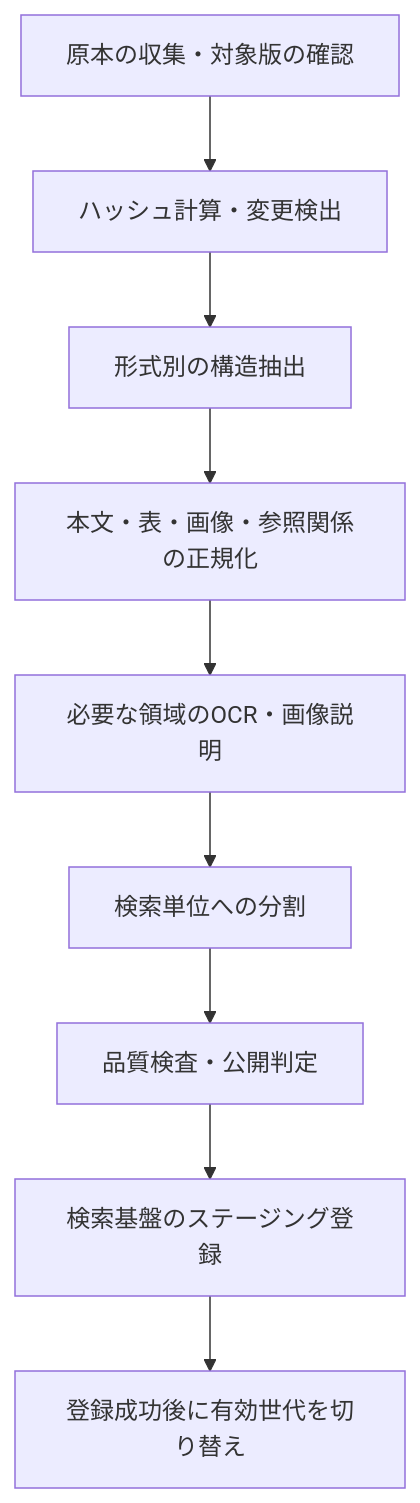
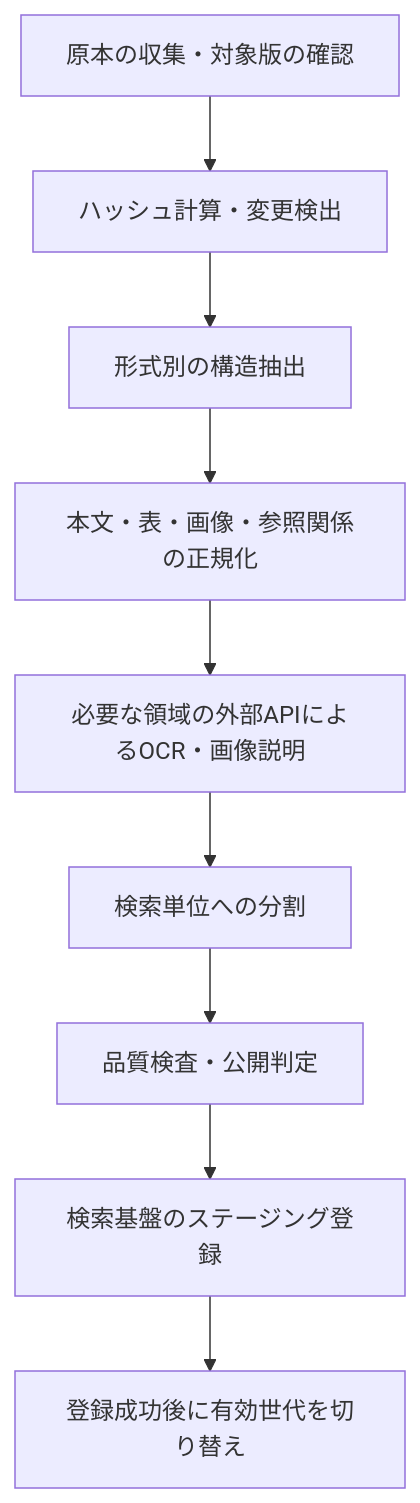
One commit to yiluoke/2026-file-scan changed the diagram in docs/design/01-document-conversion.md. Above: the diagram before and after it, drawn with Mermaid. The commit also changed other lines of this file, not shown here.

````diff
--- a/docs/design/01-document-conversion.md
+++ b/docs/design/01-document-conversion.md
@@ -45,11 +67,11 @@
 ```mermaid
 flowchart TD
     A[原本の収集・対象版の確認] --> B[ハッシュ計算・変更検出]
     B --> C[形式別の構造抽出]
     C --> D[本文・表・画像・参照関係の正規化]
-    D --> E[必要な領域のOCR・画像説明]
+    D --> E[必要な領域の外部APIによるOCR・画像説明]
     E --> F[検索単位への分割]
     F --> G[品質検査・公開判定]
     G --> H[検索基盤のステージング登録]
     H --> I[登録成功後に有効世代を切り替え]
 ```
````
